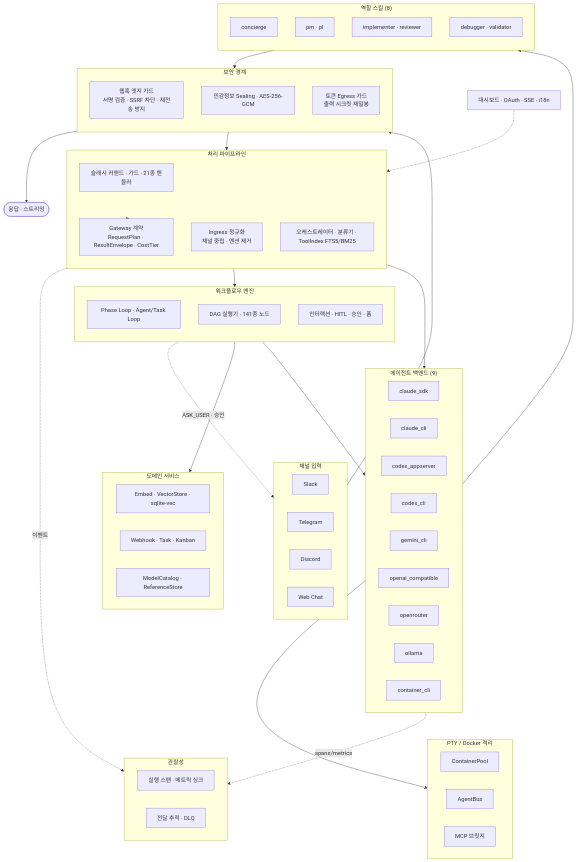
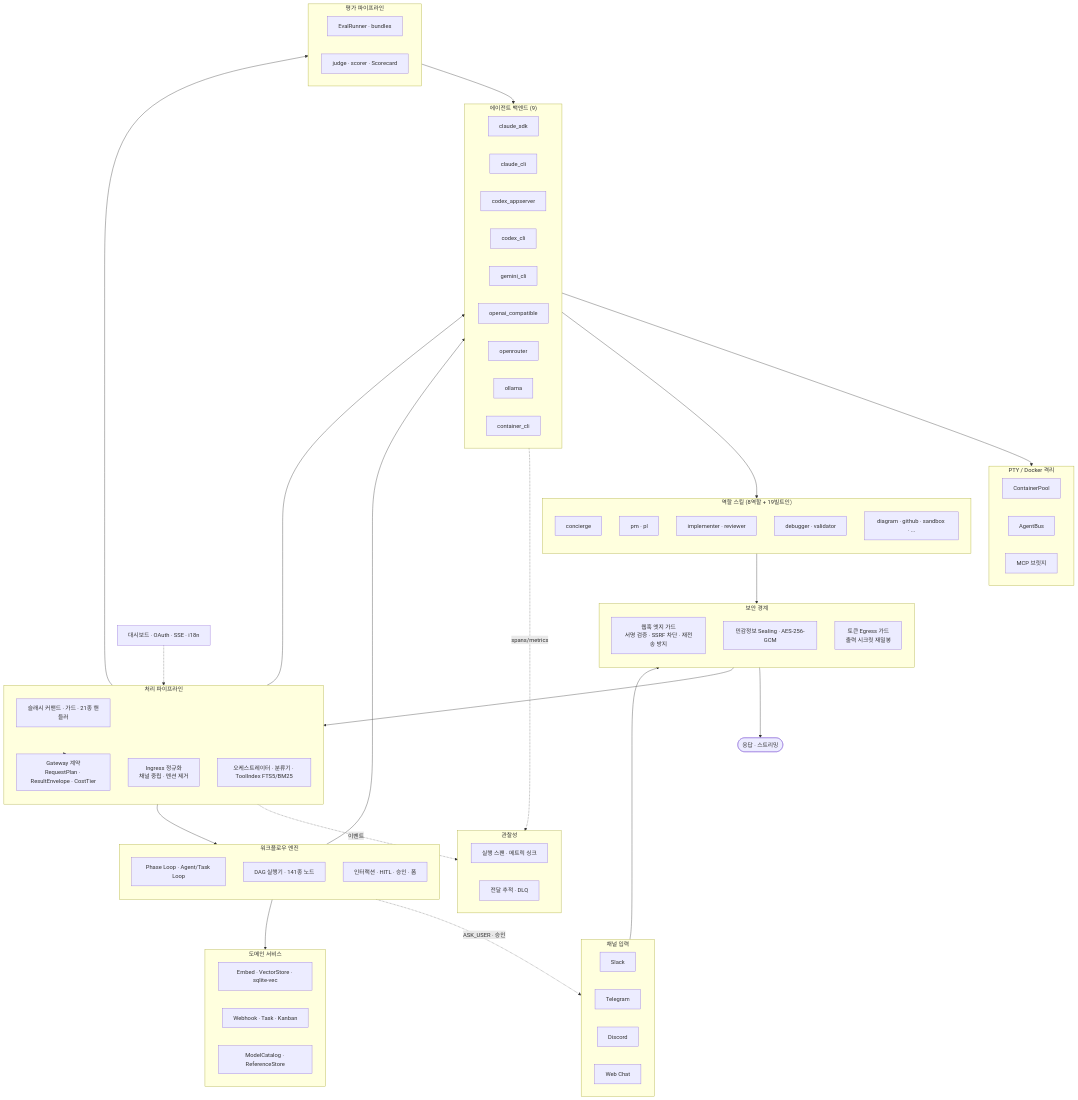
One commit to berrzebb/SoulFlow-Orchestrator changed the first of 3 diagrams in README.md. Above: the diagram before and after it, drawn with Mermaid. The commit also changed other lines of this file and 18 other files, not shown here.

First line of the commit message:
feat(frontend): FE-2+FE-3 Chat/Session Surface + Workflow/Eval/Schema Surface

```diff
--- a/README.md
+++ b/README.md
@@ -132,12 +133,13 @@
         INTERACT[인터랙션 · HITL · 승인 · 폼]
     end
 
-    subgraph Skills["역할 스킬 (8)"]
+    subgraph Skills["역할 스킬 (8역할 + 19빌트인)"]
         direction TB
         BT[concierge]
         PM[pm · pl]
         IMPL[implementer · reviewer]
         DBG[debugger · validator]
+        BSKILL[diagram · github · sandbox · ...]
     end
 
     subgraph Services["도메인 서비스"]
@@ -145,6 +147,12 @@
         EMBED[Embed · VectorStore · sqlite-vec]
         WEBHOOK[Webhook · Task · Kanban]
         CATALOG[ModelCatalog · ReferenceStore]
+    end
+
+    subgraph Evals["평가 파이프라인"]
+        direction LR
+        ERUN[EvalRunner · bundles]
+        EJUDGE[judge · scorer · Scorecard]
     end
 
     subgraph Observability["관찰성"]
@@ -160,7 +168,9 @@
     Pipeline --> GW
     GW --> Backends
     GW --> Workflows
+    GW --> Evals
     Workflows --> Backends
+    Evals --> Backends
     INTERACT -.->|ASK_USER · 승인| Channels
     CTR --> PTY
     Backends --> Skills
```
